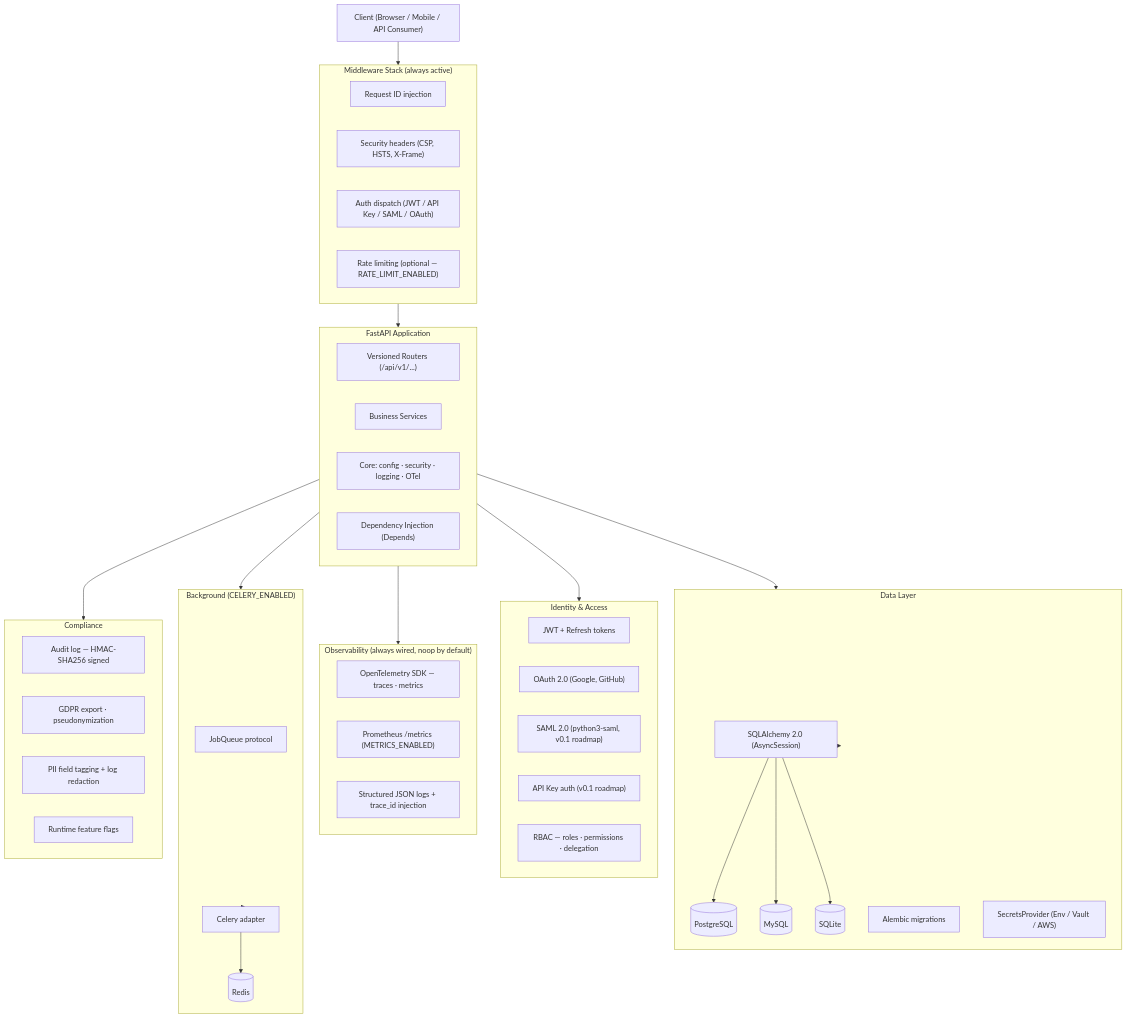
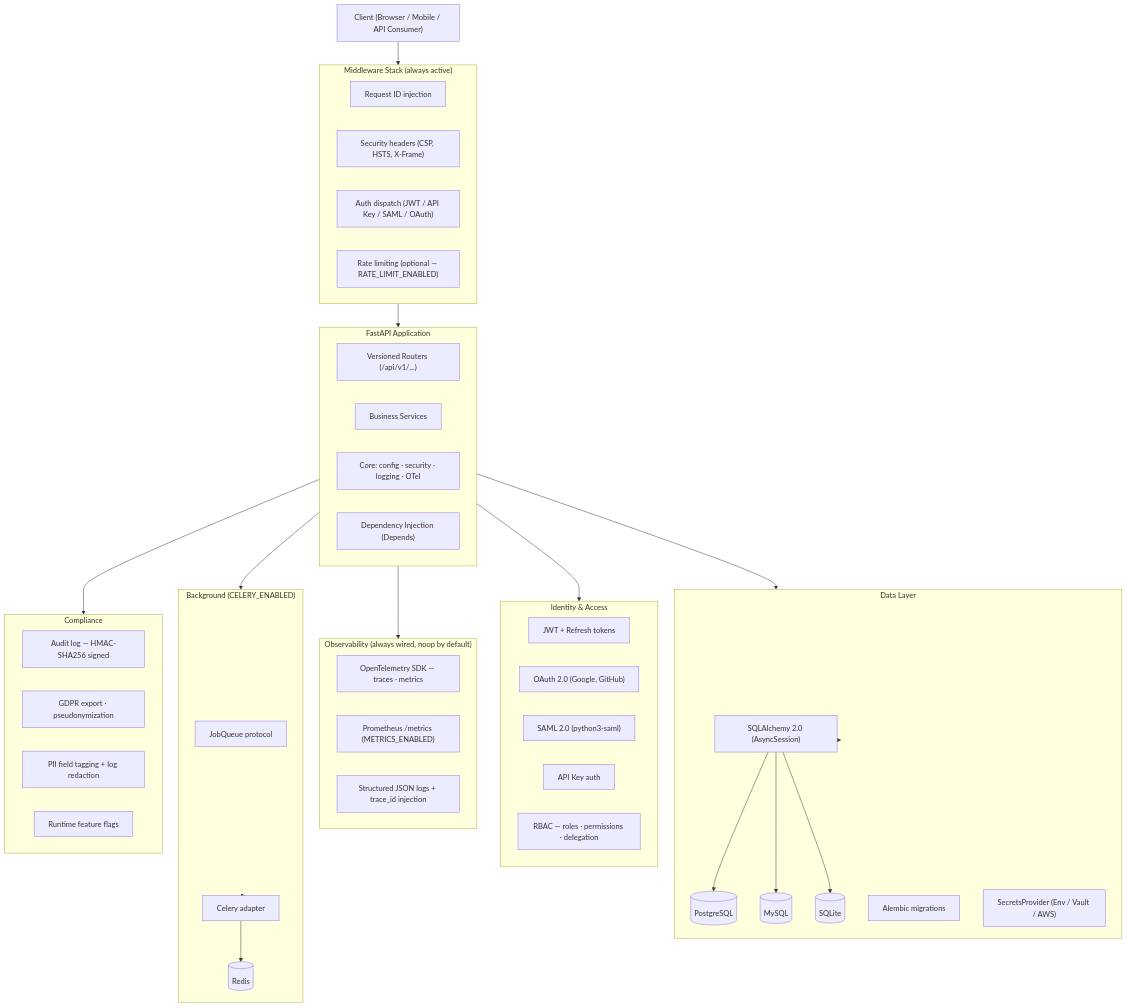
One commit to HarounAbdelsamad/fastapi-production-starter changed the first of 3 diagrams in docs/architecture/overview.md. Above: the diagram before and after it, drawn with Mermaid. The commit also changed other lines of this file and 25 other files, not shown here.

Commit message:
Phase 7-9 + gap fixes: docs site, type checking, CI fix, sequence diagrams

````diff
--- a/docs/architecture/overview.md
+++ b/docs/architecture/overview.md
@@ -7,59 +7,59 @@
 ```mermaid
 graph TB
     Client["Client (Browser / Mobile / API Consumer)"]
 
     subgraph Middleware["Middleware Stack (always active)"]
         ReqID["Request ID injection"]
         SecHdr["Security headers (CSP, HSTS, X-Frame)"]
         Auth["Auth dispatch (JWT / API Key / SAML / OAuth)"]
         RateLimit["Rate limiting (optional — RATE_LIMIT_ENABLED)"]
     end
 
     subgraph App["FastAPI Application"]
         Routers["Versioned Routers (/api/v1/...)"]
         Services["Business Services"]
         Core["Core: config · security · logging · OTel"]
         DI["Dependency Injection (Depends)"]
     end
 
     subgraph IAM["Identity & Access"]
         JWT["JWT + Refresh tokens"]
         OAuth["OAuth 2.0 (Google, GitHub)"]
-        SAML["SAML 2.0 (python3-saml, v0.1 roadmap)"]
-        APIKey["API Key auth (v0.1 roadmap)"]
+        SAML["SAML 2.0 (python3-saml)"]
+        APIKey["API Key auth"]
         RBAC["RBAC — roles · permissions · delegation"]
     end
 
     subgraph Data["Data Layer"]
         ORM["SQLAlchemy 2.0 (AsyncSession)"]
         Pg[("PostgreSQL")]
         My[("MySQL")]
         Sq[("SQLite")]
         Alembic["Alembic migrations"]
         Secrets["SecretsProvider (Env / Vault / AWS)"]
     end
 
     subgraph Obs["Observability (always wired, noop by default)"]
         OTel["OpenTelemetry SDK — traces · metrics"]
         Prom["Prometheus /metrics (METRICS_ENABLED)"]
         Logs["Structured JSON logs + trace_id injection"]
     end
 
     subgraph BgJobs["Background (CELERY_ENABLED)"]
         JobQ["JobQueue protocol"]
         Celery["Celery adapter"]
         Redis[("Redis")]
     end
 
     subgraph Compliance["Compliance"]
         Audit["Audit log — HMAC-SHA256 signed"]
         GDPR["GDPR export · pseudonymization"]
         PII["PII field tagging + log redaction"]
         FF["Runtime feature flags"]
     end
 
     Client --> Middleware --> App
     App --> IAM & Data & Obs & BgJobs & Compliance
     Data --> ORM --> Pg & My & Sq
     BgJobs --> Celery --> Redis
 ```
````
